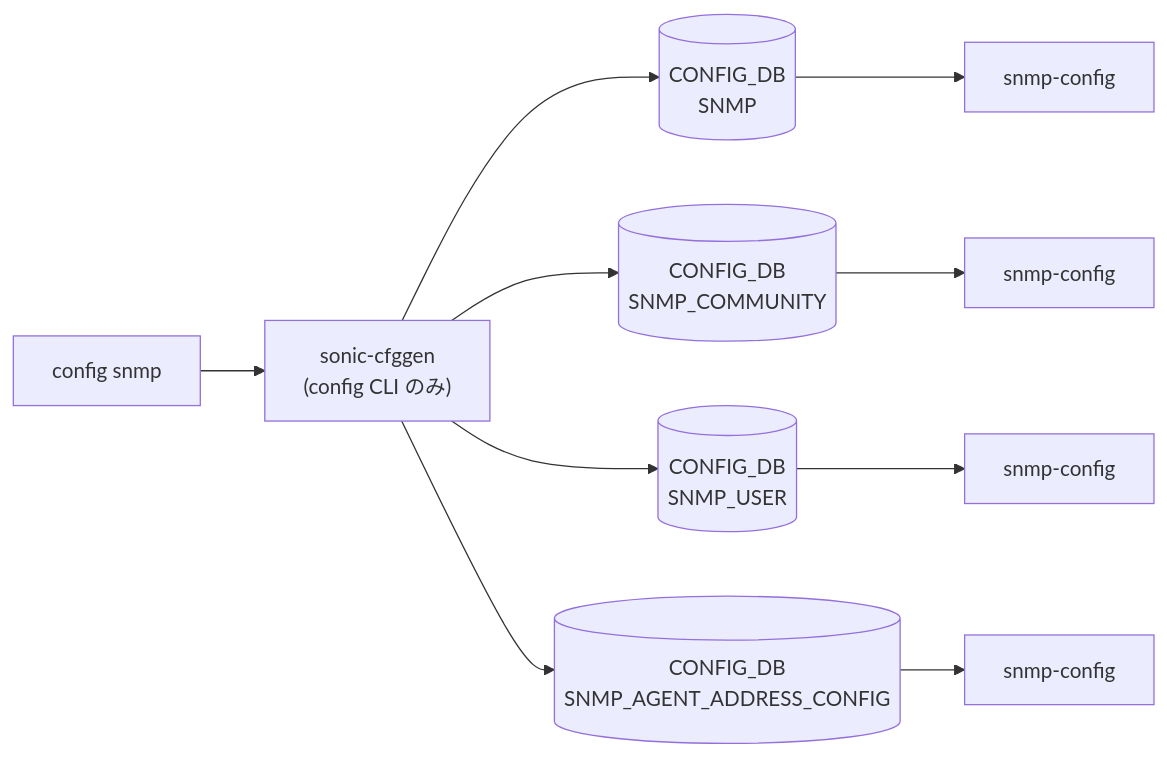
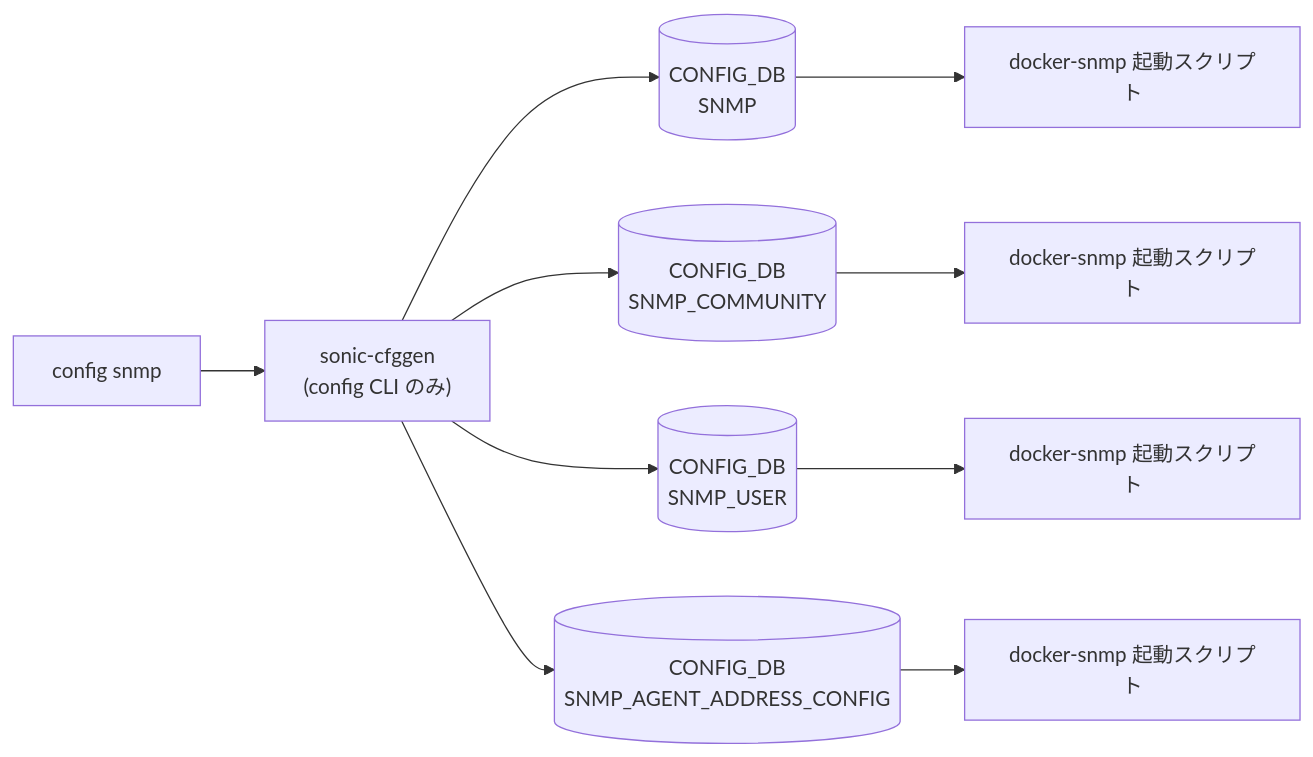
The diagram in docs/reference/cli/config-snmp.md (aoki-taquan/sonic-unofficial-docs), drawn with Mermaid before and after one commit. The commit also changed 6 other files, not shown here.

First line of the commit message:
fix(snmp): replace fabricated snmp-config daemon with verified snmpd config path

````diff
--- a/docs/reference/cli/config-snmp.md
+++ b/docs/reference/cli/config-snmp.md
@@ -209,22 +209,22 @@
 ```mermaid
 flowchart LR
   CLI["config snmp"]
   SC["sonic-cfggen<br/>(config CLI のみ)"]
   CLI --> SC
   CDB0[("CONFIG_DB<br/>SNMP")]
   SC --> CDB0
-  DM0["snmp-config"]
+  DM0["docker-snmp 起動スクリプト"]
   CDB0 --> DM0
   CDB1[("CONFIG_DB<br/>SNMP_COMMUNITY")]
   SC --> CDB1
-  DM1["snmp-config"]
+  DM1["docker-snmp 起動スクリプト"]
   CDB1 --> DM1
   CDB2[("CONFIG_DB<br/>SNMP_USER")]
   SC --> CDB2
-  DM2["snmp-config"]
+  DM2["docker-snmp 起動スクリプト"]
   CDB2 --> DM2
   CDB3[("CONFIG_DB<br/>SNMP_AGENT_ADDRESS_CONFIG")]
   SC --> CDB3
-  DM3["snmp-config"]
+  DM3["docker-snmp 起動スクリプト"]
   CDB3 --> DM3
 ```
````
